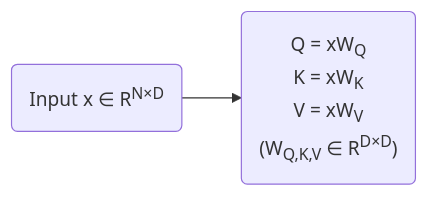
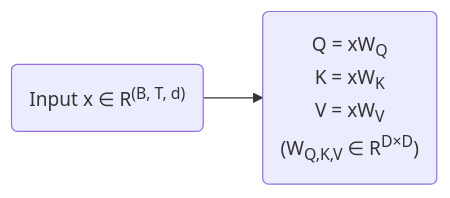
One commit to ChrisZhu2050/chriszhu2050.github.io changed diagram 21 of 23 in index.md. Above: the diagram before and after it, drawn with Mermaid. The commit also changed other lines of this file, not shown here.

````diff
--- a/index.md
+++ b/index.md
@@ -634,11 +634,11 @@
         ```mermaid
               graph LR
-                  A("`Input                   x ∈ R<sup>N×D</sup>
+                  A("`Input                   x ∈ R<sup>(B, T, d)</sup>
                   `") --> 
                   B("`Q = xW<sub>Q</sub> 
                   K = xW<sub>K</sub>
                   V = xW<sub>V</sub>
                   (W<sub>Q,K,V</sub> ∈ R<sup>D×D</sup>)
                   
                   `") 
           ```  
````
